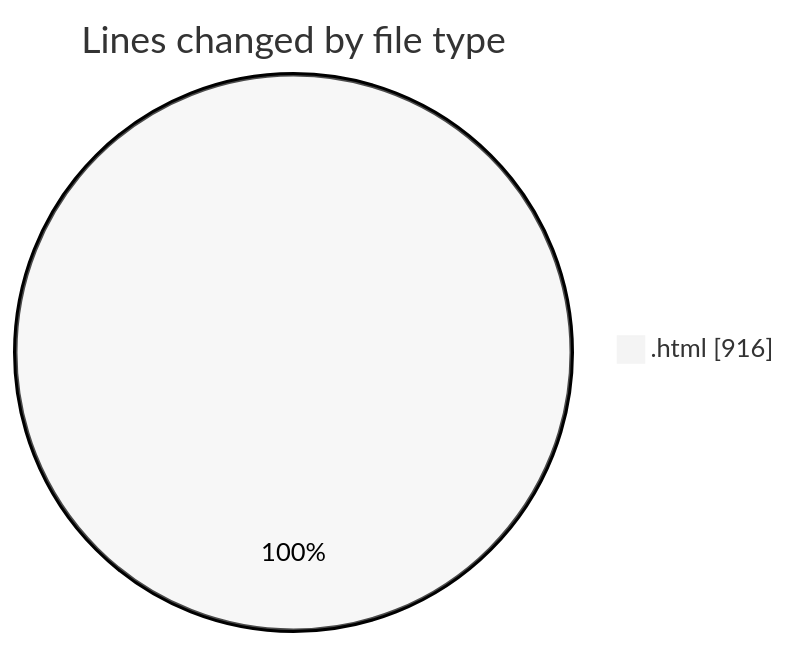
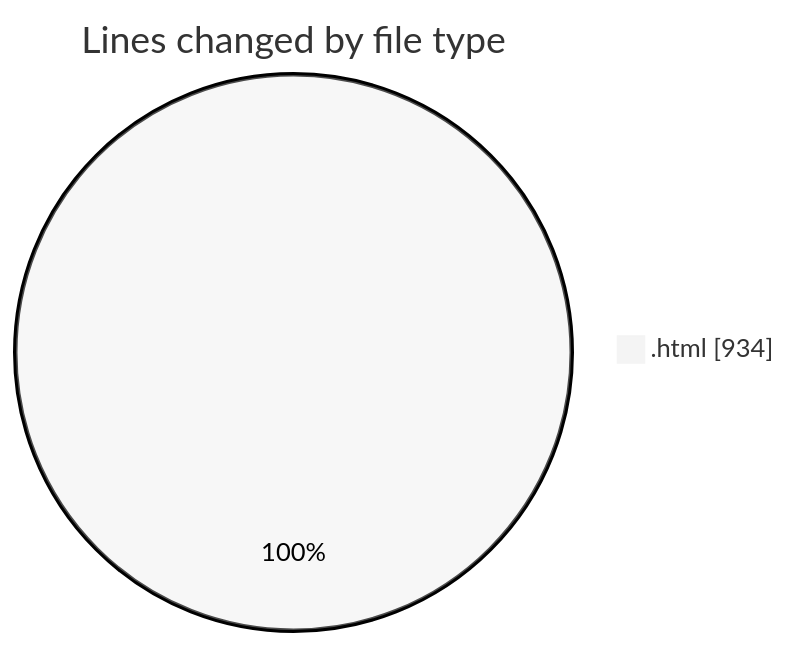
Before and after one commit to Ritupan-Deka/code-tracking: the first of 2 diagrams in 2025-02-15/0starter_files/README.md, drawn with Mermaid (neutral theme). The commit also changed other lines of this file and 1 other file, not shown here.

````diff
--- a/2025-02-15/0starter_files/README.md
+++ b/2025-02-15/0starter_files/README.md
@@ -20,5 +20,5 @@
 ```mermaid
 pie showData
 title Lines changed by file type
-".html" : 916
+".html" : 934
 ```
````
